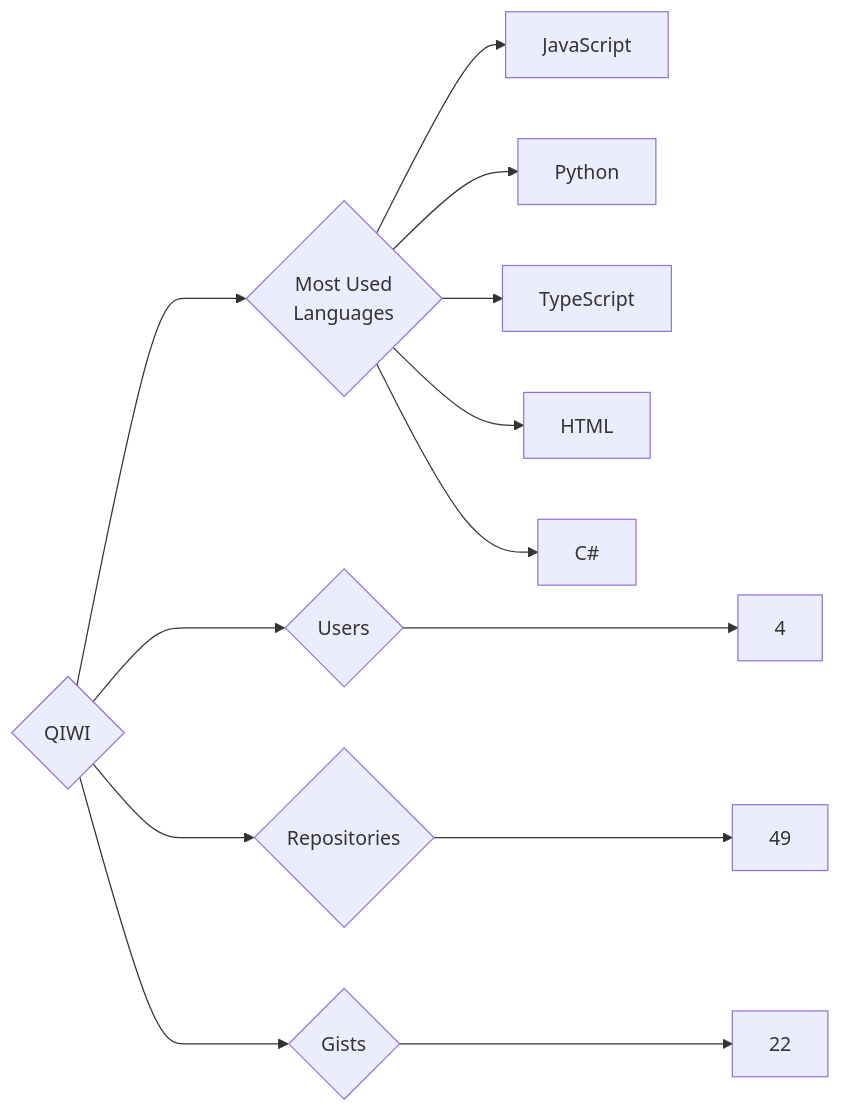
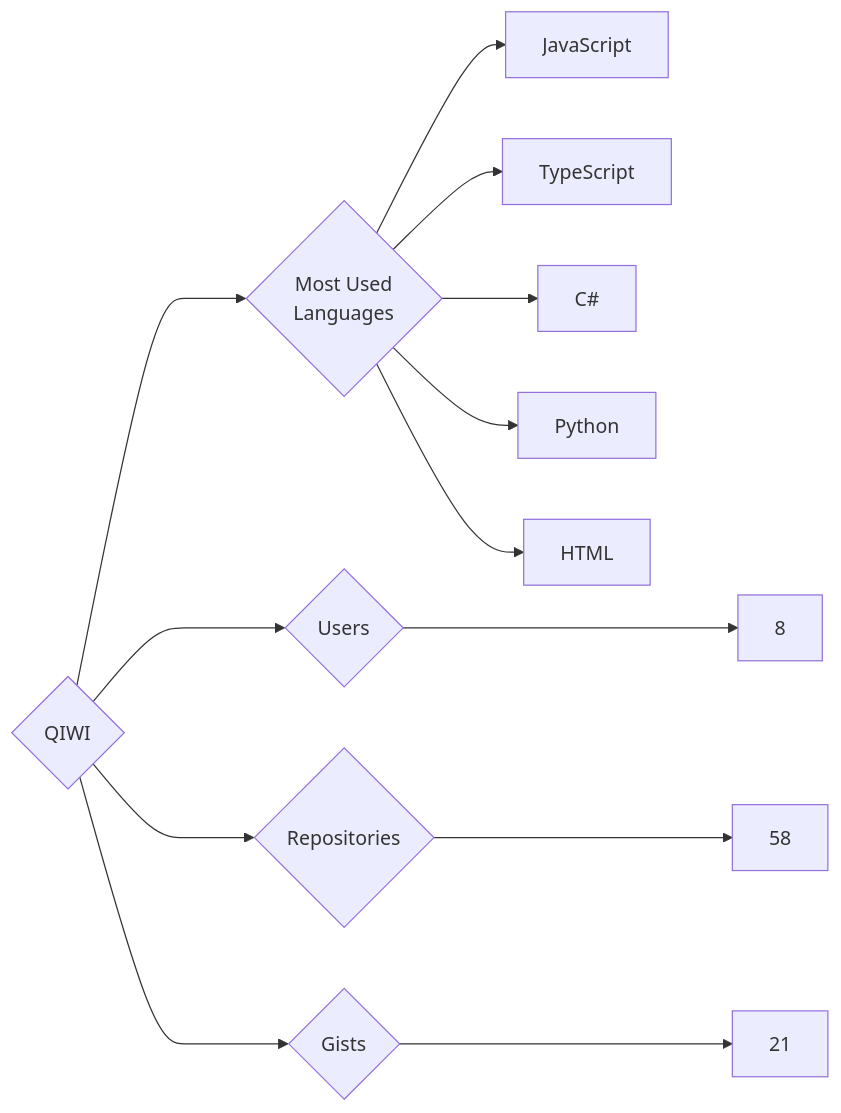
The diagram in targets/QIWI/README.md (trickest/insiders), drawn with Mermaid before and after one commit. The commit also changed 948 other files, not shown here.

````diff
--- a/targets/QIWI/README.md
+++ b/targets/QIWI/README.md
@@ -3,13 +3,13 @@
 ```mermaid
 graph LR
 COMPANY_NAME{QIWI}
-COMPANY_NAME ---> U{Users} ---> UN[4]
-COMPANY_NAME ---> R{Repositories} ---> RN[49]
-COMPANY_NAME ---> G{Gists} ---> GN[22]
+COMPANY_NAME ---> U{Users} ---> UN[8]
+COMPANY_NAME ---> R{Repositories} ---> RN[58]
+COMPANY_NAME ---> G{Gists} ---> GN[21]
 COMPANY_NAME ---> ML{Most Used<br>Languages}
 ML --> JavaScript[JavaScript]
+ML --> TypeScript[TypeScript]
+ML --> C#[C#]
 ML --> Python[Python]
-ML --> TypeScript[TypeScript]
 ML --> HTML[HTML]
-ML --> C#[C#]
 ```
````
